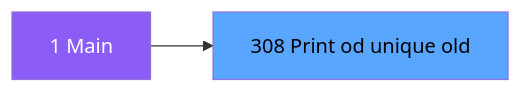
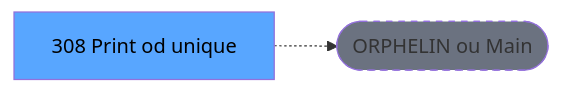
The second of 3 diagrams in .openspec/renders/ADH-IDE-308.md (thonyAGP/lecteur-magic), drawn with Mermaid before and after one commit. The commit also changed other lines of this file and 701 other files, not shown here.

````diff
--- a/.openspec/renders/ADH-IDE-308.md
+++ b/.openspec/renders/ADH-IDE-308.md
@@ -114,8 +119,8 @@
 ```mermaid
 graph LR
-    M[1 Main]
-    T[308 Print od unique old]
-    M --> T
-    style M fill:#8b5cf6,color:#fff
+    T[308 Print od unique]
+    ORPHAN([ORPHELIN ou Main])
+    T -.-> ORPHAN
     style T fill:#58a6ff,color:#000
+    style ORPHAN fill:#6b7280,stroke-dasharray: 5 5
 ```
````
